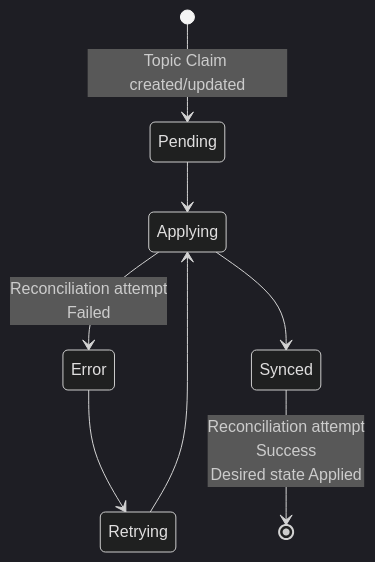
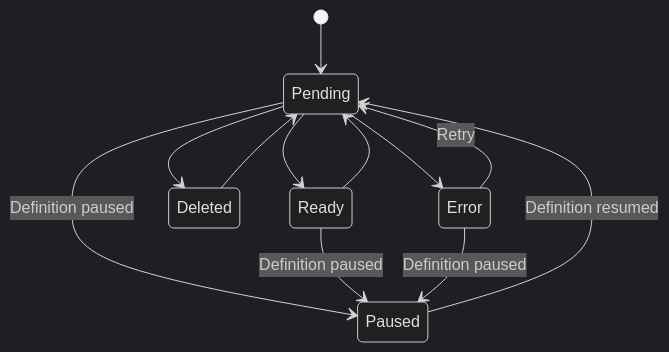
One commit to KafkaMetamorphosis/docs changed the third of 5 diagrams in 001-architecture-overview.md. Above: the diagram before and after it, drawn with Mermaid (dark theme). The commit also changed other lines of this file and 2 other files, not shown here.

First line of the commit message:
Fix stale architecture overview, taint syntax bugs, and README index

````diff
--- a/001-architecture-overview.md
+++ b/001-architecture-overview.md
@@ -94,14 +174,19 @@
 ```mermaid
 stateDiagram-v2
-    [*]      --> Pending  : Topic Claim created/updated
+    [*]      --> Pending
 
-    Pending  --> Applying
+    Pending  --> Ready
+    Pending  --> Deleted
+    Pending  --> Error
+    Pending  --> Paused  : Definition paused
 
-    Applying --> Error    : Reconciliation attempt <br> Failed
-    Applying --> Synced 
+    Ready    --> Pending
+    Ready    --> Paused  : Definition paused
 
-    Error    --> Retrying
-    Retrying --> Applying
+    Error    --> Pending : Retry
+    Error    --> Paused  : Definition paused
 
-    Synced   --> [*]      : Reconciliation attempt <br> Success <br> Desired state Applied
+    Paused   --> Pending : Definition resumed
+
+    Deleted  --> Pending
 ```
````
